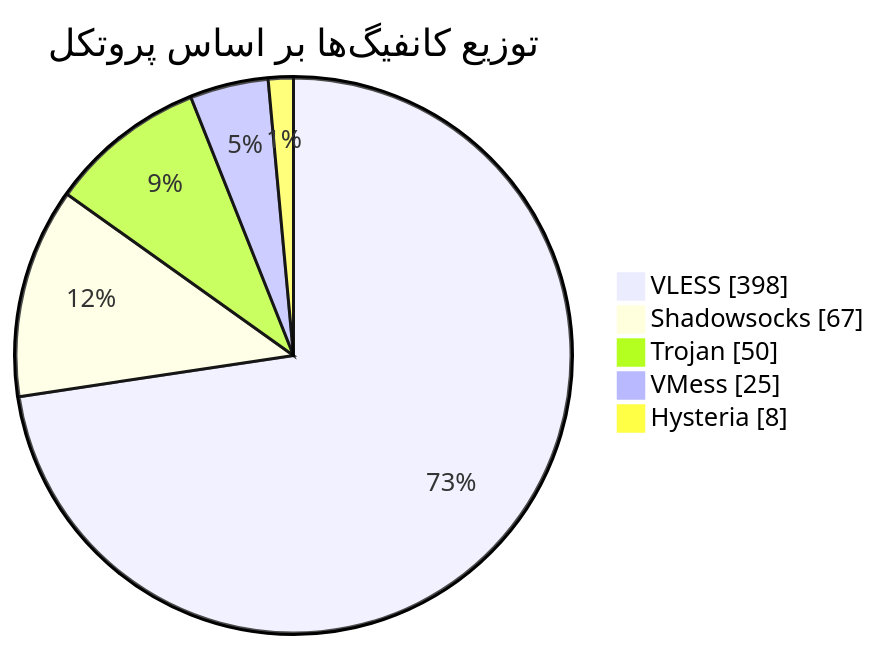
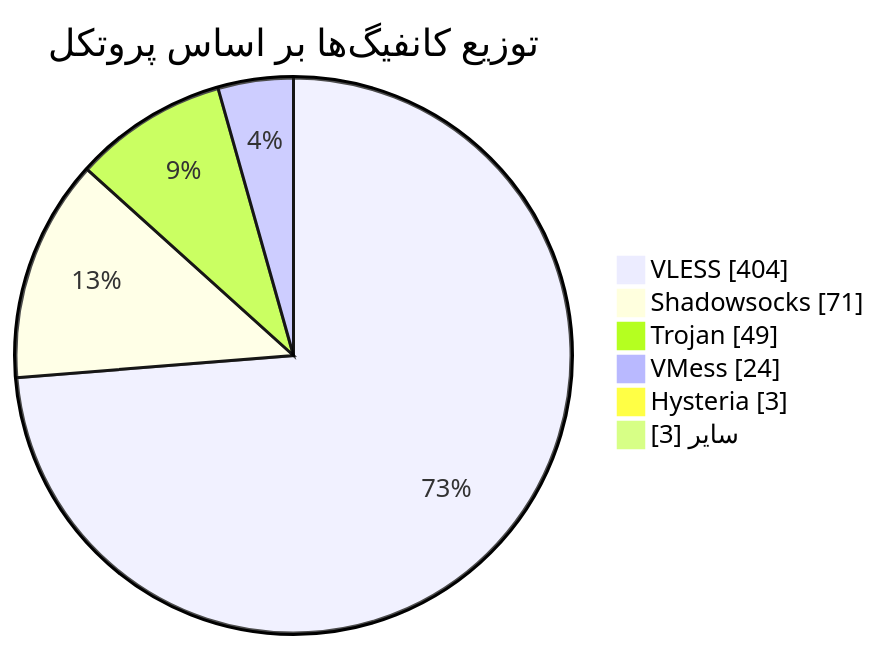
The diagram in README.md (Arian-Alijani/Somthing), drawn with Mermaid before and after one commit. The commit also changed other lines of this file and 81 other files, not shown here.

````diff
--- a/README.md
+++ b/README.md
@@ -47,9 +48,10 @@
 ```mermaid
 pie showData
     title توزیع کانفیگ‌ها بر اساس پروتکل
-    "VLESS" : 398
-    "Shadowsocks" : 67
-    "Trojan" : 50
-    "VMess" : 25
-    "Hysteria" : 8
+    "VLESS" : 404
+    "Shadowsocks" : 71
+    "Trojan" : 49
+    "VMess" : 24
+    "Hysteria" : 3
+    "سایر" : 3
 ```
````
